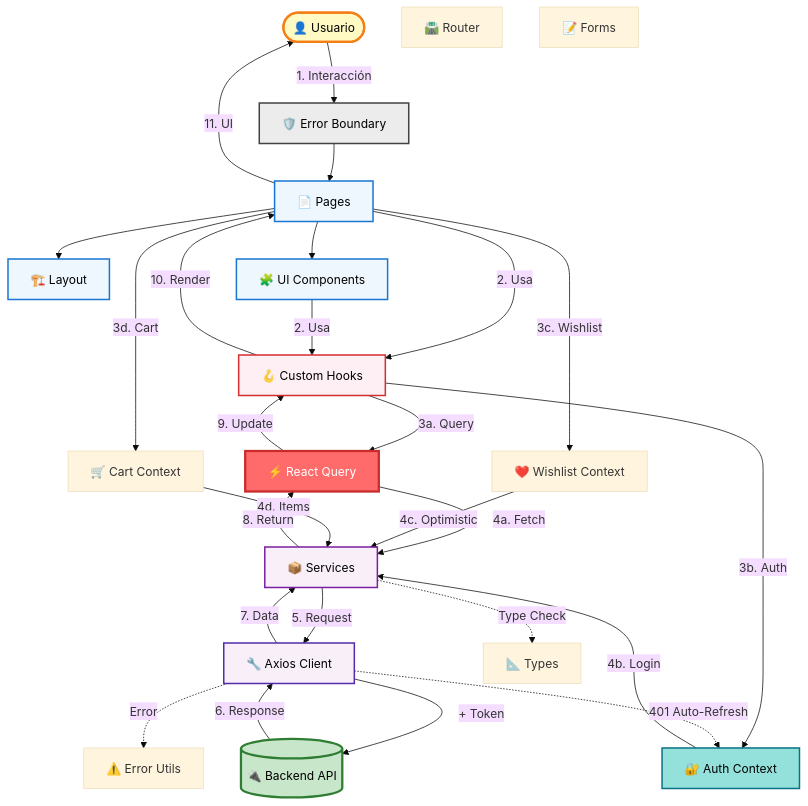
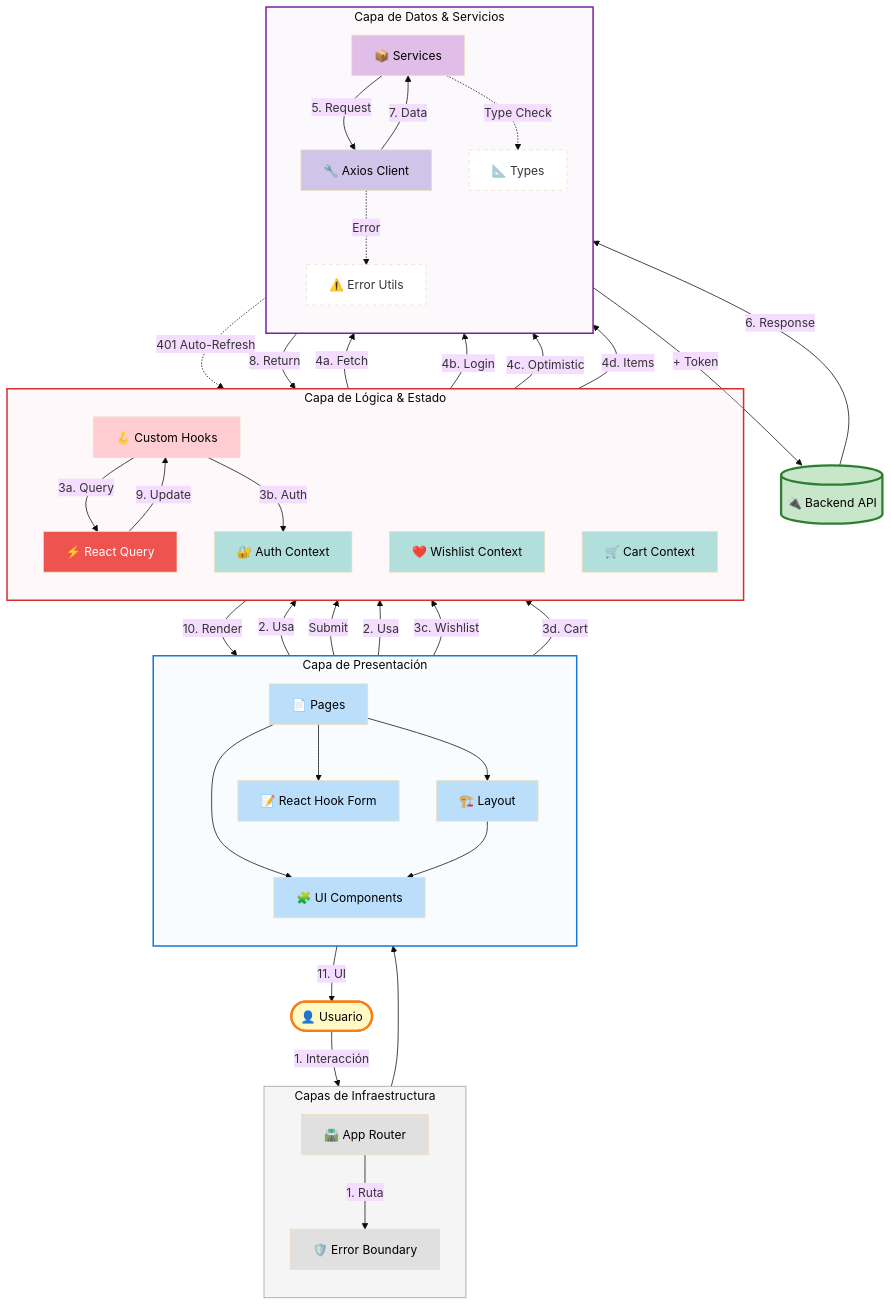
The first of 5 diagrams in docs/architecture-front.md (3FactorLab/game_manager_front), drawn with Mermaid (base theme) before and after one commit. The commit also changed other lines of this file and 45 other files, not shown here.

````diff
--- a/docs/architecture-front.md
+++ b/docs/architecture-front.md
@@ -156,71 +159,94 @@
 ```mermaid
 flowchart TB
     %% ============================================
-    %% EXTERNOS
+    %% ESTILOS GLOBALES
     %% ============================================
+    style User fill:#FFF9C4,stroke:#F57F17,stroke-width:3px,color:#000
+    style Backend fill:#C8E6C9,stroke:#2E7D32,stroke-width:3px,color:#000
+
+    %% Nodos Externos
     User([👤 Usuario])
     Backend[(🔌 Backend API)]
 
     %% ============================================
-    %% CAPA 0: PROTECCIÓN
+    %% SUBSISTEMAS (CAJAS LÓGICAS)
     %% ============================================
-    ErrorBoundary[🛡️ Error Boundary]
+
+    subgraph Infrastructura [Capas de Infraestructura]
+        direction TB
+        style Infrastructura fill:#F5F5F5,stroke:#9E9E9E,stroke-width:1px
+        ErrorBoundary[🛡️ Error Boundary]
+        Router[🛣️ App Router]
+    end
+
+    subgraph Presentacion [Capa de Presentación]
+        direction TB
+        style Presentacion fill:#E3F2FD40,stroke:#1976D2,stroke-width:2px
+        Pages[📄 Pages]
+        Layout[🏗️ Layout]
+        UI[🧩 UI Components]
+        Forms[📝 React Hook Form]
+    end
+
+    subgraph Logica [Capa de Lógica & Estado]
+        direction TB
+        style Logica fill:#FCE4EC40,stroke:#D32F2F,stroke-width:2px
+        Hooks[🪝 Custom Hooks]
+        ReactQuery[⚡ React Query]
+        AuthContext[🔐 Auth Context]
+        WishlistContext[❤️ Wishlist Context]
+        CartContext[🛒 Cart Context]
+    end
+
+    subgraph Datos [Capa de Datos & Servicios]
+        direction TB
+        style Datos fill:#F3E5F540,stroke:#7B1FA2,stroke-width:2px
+        Services[📦 Services]
+        APIClient[🔧 Axios Client]
+        Types[📐 Types]
+        ErrorUtils[⚠️ Error Utils]
+    end
 
     %% ============================================
-    %% CAPA 1: PRESENTACIÓN
+    %% CONEXIONES Y FLUJO
     %% ============================================
-    Pages[📄 Pages]
-    Layout[🏗️ Layout]
-    UI[🧩 UI Components]
 
-    %% ============================================
-    %% CAPA 2: LÓGICA
-    %% ============================================
-    Hooks[🪝 Custom Hooks]
-    ReactQuery[⚡ React Query]
-    AuthContext[🔐 Auth Context]
-    WishlistContext[❤️ Wishlist Context]
-    CartContext[🛒 Cart Context]
+    %% 1. Entrada
+    User -->|1. Interacción| Router
+    Router -->|1. Ruta| ErrorBoundary
+    ErrorBoundary --> Pages
 
-    %% ============================================
-    %% CAPA 3: DATOS
-    %% ============================================
-    Services[📦 Services]
-    APIClient[🔧 Axios Client]
-
-    %% ============================================
-    %% CAPA 4: TYPES & UTILIDADES
-    %% ============================================
-    Types[📐 Types]
-    ErrorUtils[⚠️ Error Utils]
-    Router[🛣️ Router]
-    Forms[📝 Forms]
-
-    %% ============================================
-    %% FLUJO DE DATOS
-    %% ============================================
-    User -->|1. Interacción| ErrorBoundary
-    ErrorBoundary --> Pages
+    %% 2. Composición UI
     Pages --> Layout
     Pages --> UI
+    Pages --> Forms
+    Layout --> UI
+
+    %% 3. Consumo de Lógica (Hooks & Context)
     Pages -->|2. Usa| Hooks
+    Forms -->|Submit| Hooks
     UI -->|2. Usa| Hooks
 
-    Hooks -->|3a. Query| ReactQuery
-    Hooks -->|3b. Auth| AuthContext
     Pages -->|3c. Wishlist| WishlistContext
     Pages -->|3d. Cart| CartContext
 
+    %% 4. Orquestación de Lógica
+    Hooks -->|3a. Query| ReactQuery
+    Hooks -->|3b. Auth| AuthContext
+
+    %% 5. Capa de Servicios
     ReactQuery -->|4a. Fetch| Services
     AuthContext -->|4b. Login| Services
     WishlistContext -->|4c. Optimistic| Services
     CartContext -->|4d. Items| Services
 
+    %% 6. Salida a Backend
     Services -->|5. Request| APIClient
     APIClient -->|+ Token| Backend
     Services -.->|Type Check| Types
     APIClient -.->|Error| ErrorUtils
 
+    %% 7. Retorno
     Backend -->|6. Response| APIClient
     APIClient -.->|401 Auto-Refresh| AuthContext
     APIClient -->|7. Data| Services
@@ -229,16 +255,25 @@
     Hooks -->|10. Render| Pages
     Pages -->|11. UI| User
 
-    %% ESTILOS
-    style User fill:#FFF9C4,stroke:#F57F17,stroke-width:3px,color:#000
-    style Backend fill:#C8E6C9,stroke:#2E7D32,stroke-width:3px,color:#000
-    style ErrorBoundary fill:#E0E0E099,stroke:#424242,stroke-width:2px,color:#000
-    style Pages fill:#E3F2FD99,stroke:#1976D2,stroke-width:2px,color:#000
-    style Layout fill:#E3F2FD99,stroke:#1976D2,stroke-width:2px,color:#000
-    style UI fill:#E3F2FD99,stroke:#1976D2,stroke-width:2px,color:#000
-    style Hooks fill:#FCE4EC99,stroke:#D32F2F,stroke-width:2px,color:#000
-    style ReactQuery fill:#FF6B6B,stroke:#C92A2A,stroke-width:3px,color:#FFF
-    style AuthContext fill:#4ECDC499,stroke:#0B7285,stroke-width:2px,color:#000
-    style Services fill:#F3E5F599,stroke:#7B1FA2,stroke-width:2px,color:#000
-    style APIClient fill:#F3E5F599,stroke:#512DA8,stroke-width:2px,color:#000
+    %% ============================================
+    %% ESTILOS DE NODOS
+    %% ============================================
+    style ErrorBoundary fill:#E0E0E0,color:#000
+    style Router fill:#E0E0E0,color:#000
+
+    style Pages fill:#BBDEFB,color:#000
+    style Layout fill:#BBDEFB,color:#000
+    style UI fill:#BBDEFB,color:#000
+    style Forms fill:#BBDEFB,color:#000
+
+    style Hooks fill:#FFCDD2,color:#000
+    style ReactQuery fill:#EF5350,color:#FFF
+    style AuthContext fill:#B2DFDB,color:#000
+    style WishlistContext fill:#B2DFDB,color:#000
+    style CartContext fill:#B2DFDB,color:#000
+
+    style Services fill:#E1BEE7,color:#000
+    style APIClient fill:#D1C4E9,color:#000
+    style Types fill:#FFF,stroke-dasharray: 5 5
+    style ErrorUtils fill:#FFF,stroke-dasharray: 5 5
 ```
````
